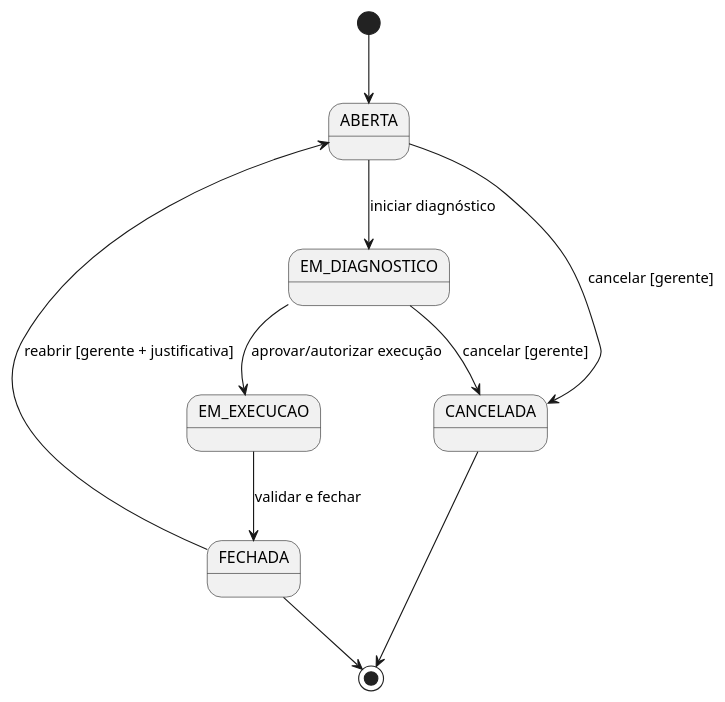
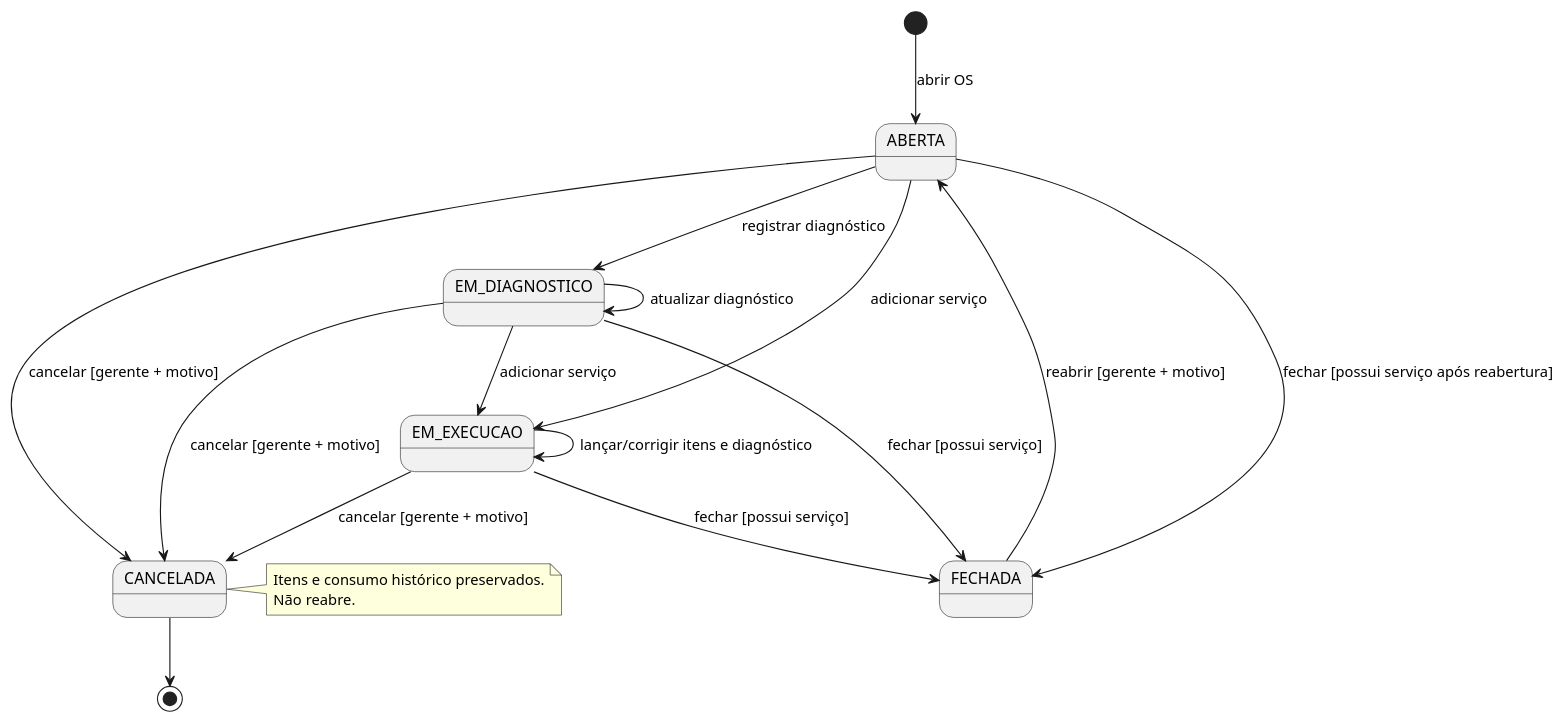
The diagram in doc/uml/estados-os.puml (jeffbm/revisao-projeto-software-ufbra), drawn with PlantUML before and after one commit. The commit also changed 53 other files, not shown here.

```diff
--- a/doc/uml/estados-os.puml
+++ b/doc/uml/estados-os.puml
@@ -1,11 +1,20 @@
 @startuml
-[*] --> ABERTA
-ABERTA --> EM_DIAGNOSTICO : iniciar diagnóstico
-EM_DIAGNOSTICO --> EM_EXECUCAO : aprovar/autorizar execução
-EM_EXECUCAO --> FECHADA : validar e fechar
-ABERTA --> CANCELADA : cancelar [gerente]
-EM_DIAGNOSTICO --> CANCELADA : cancelar [gerente]
-FECHADA --> ABERTA : reabrir [gerente + justificativa]
-FECHADA --> [*]
+[*] --> ABERTA : abrir OS
+ABERTA --> EM_DIAGNOSTICO : registrar diagnóstico
+ABERTA --> EM_EXECUCAO : adicionar serviço
+EM_DIAGNOSTICO --> EM_EXECUCAO : adicionar serviço
+EM_EXECUCAO --> EM_EXECUCAO : lançar/corrigir itens e diagnóstico
+EM_DIAGNOSTICO --> EM_DIAGNOSTICO : atualizar diagnóstico
+ABERTA --> FECHADA : fechar [possui serviço após reabertura]
+EM_DIAGNOSTICO --> FECHADA : fechar [possui serviço]
+EM_EXECUCAO --> FECHADA : fechar [possui serviço]
+ABERTA --> CANCELADA : cancelar [gerente + motivo]
+EM_DIAGNOSTICO --> CANCELADA : cancelar [gerente + motivo]
+EM_EXECUCAO --> CANCELADA : cancelar [gerente + motivo]
+FECHADA --> ABERTA : reabrir [gerente + motivo]
 CANCELADA --> [*]
+note right of CANCELADA
+  Itens e consumo histórico preservados.
+  Não reabre.
+end note
 @enduml
```
